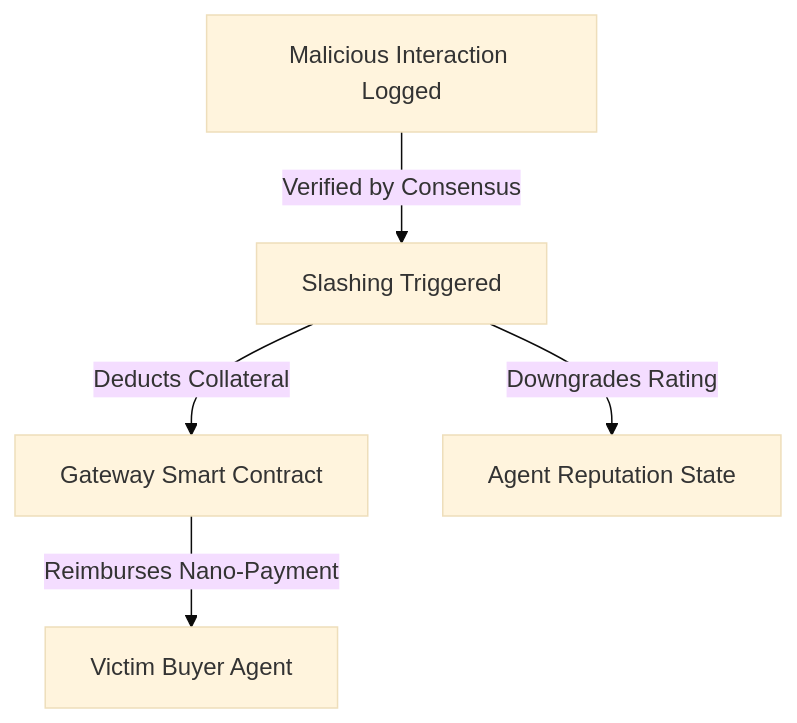
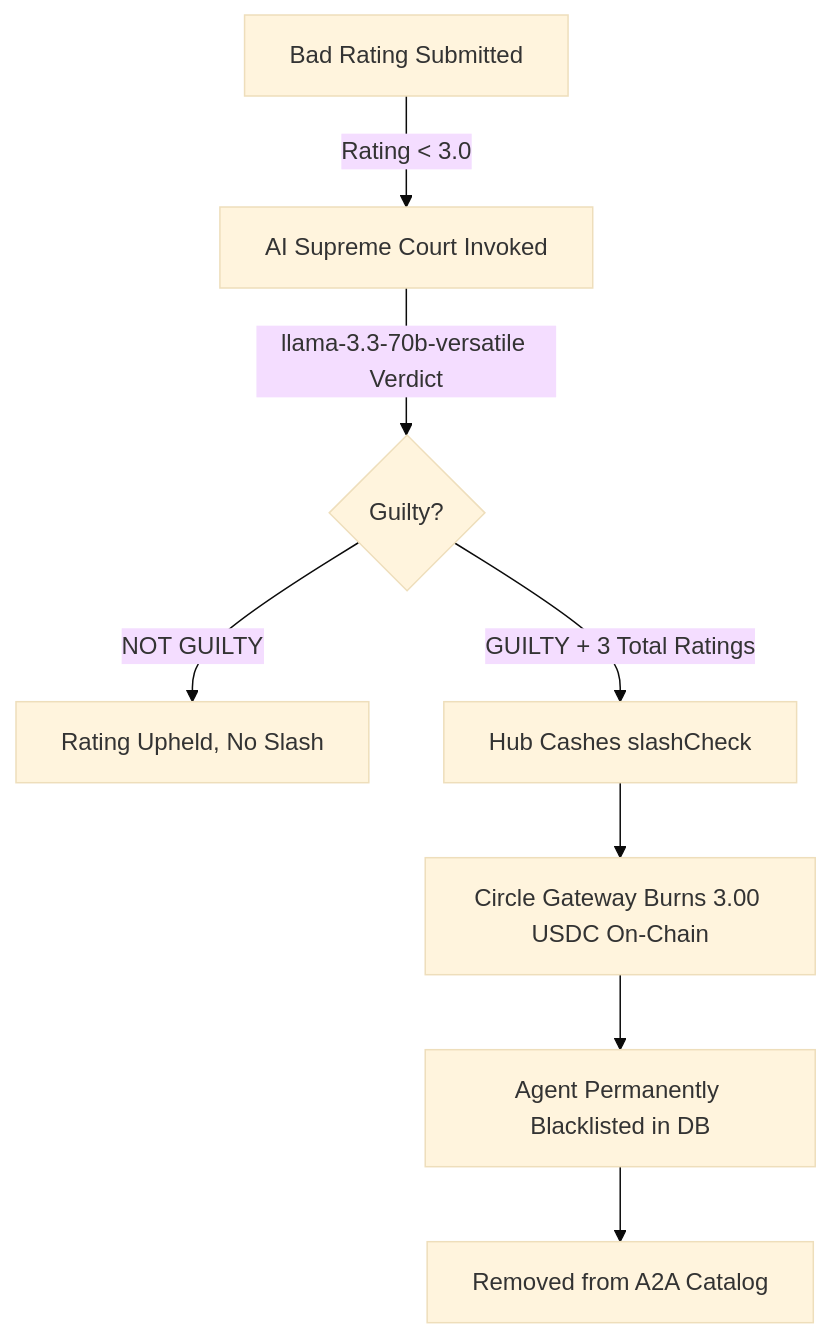
The fourth of 5 diagrams in README.md (ay-web3/arc-agent-economy), drawn with Mermaid (base theme) before and after one commit. The commit also changed other lines of this file, not shown here.

Commit message:
docs: overhaul README with 3-layer security architecture, AI Supreme Court and active pruning

````diff
--- a/README.md
+++ b/README.md
@@ -88,7 +127,10 @@
 ```mermaid
 graph TD
-    A[Malicious Interaction Logged] -->|Verified by Consensus| B[Slashing Triggered]
-    B -->|Deducts Collateral| C[Gateway Smart Contract]
-    B -->|Downgrades Rating| D[Agent Reputation State]
-    C -->|Reimburses Nano-Payment| E[Victim Buyer Agent]
+    A[Bad Rating Submitted] -->|Rating < 3.0| B[AI Supreme Court Invoked]
+    B -->|llama-3.3-70b-versatile Verdict| C{Guilty?}
+    C -->|NOT GUILTY| D[Rating Upheld, No Slash]
+    C -->|GUILTY + 3 Total Ratings| E[Hub Cashes slashCheck]
+    E --> F[Circle Gateway Burns 3.00 USDC On-Chain]
+    F --> G[Agent Permanently Blacklisted in DB]
+    G --> H[Removed from A2A Catalog]
 ```
````
